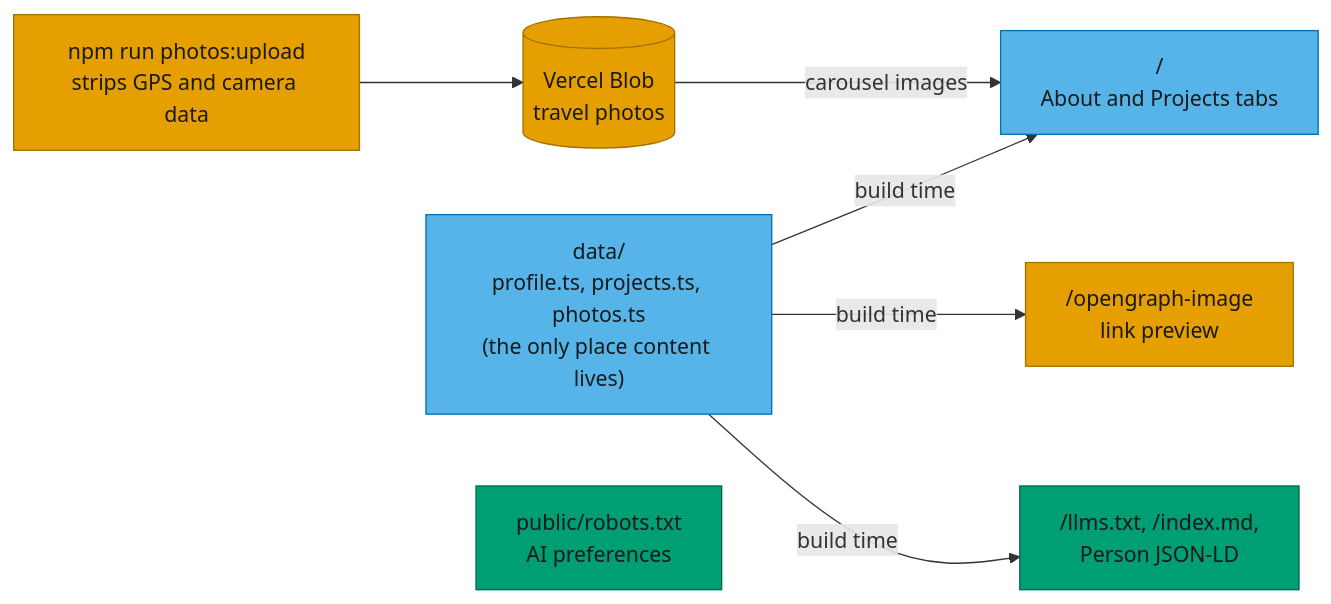
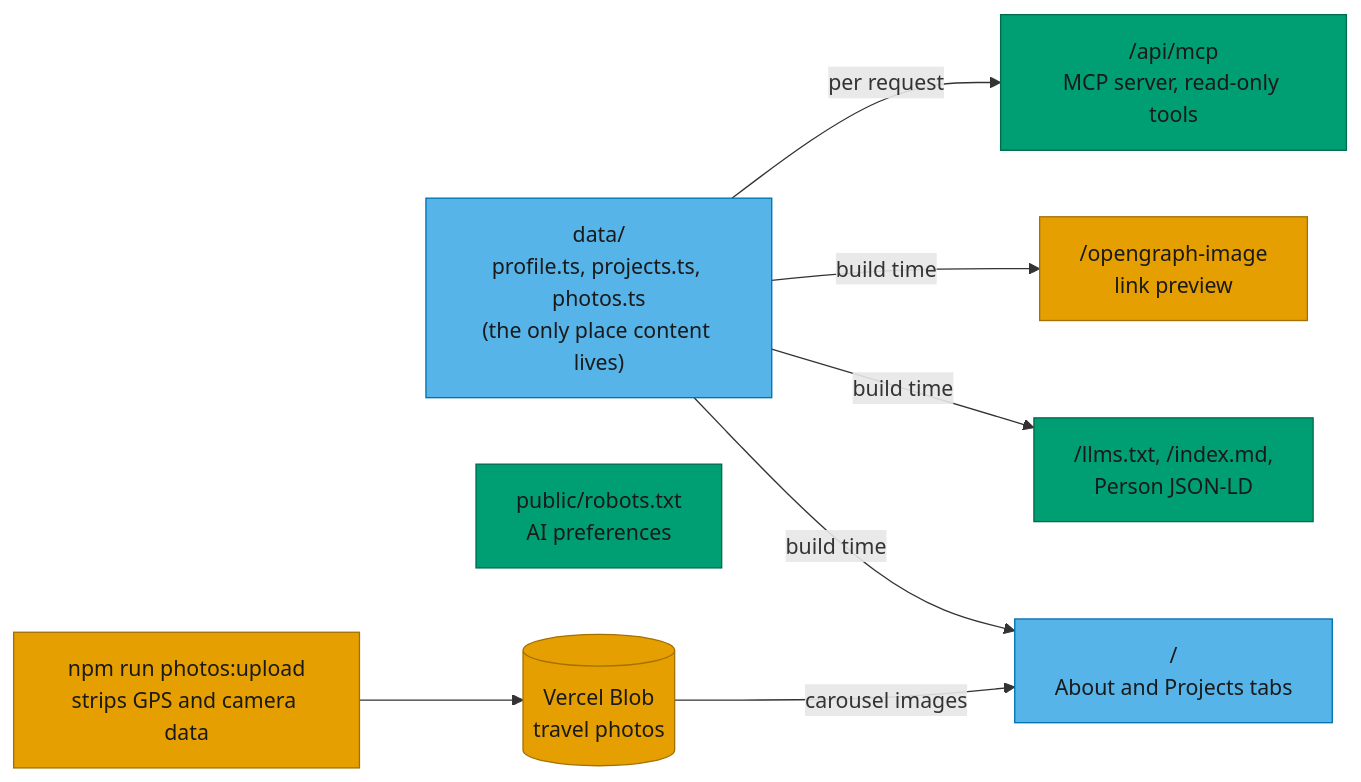
Before and after one commit to tbmueller/personal-site: the diagram in README.md, drawn with Mermaid. The commit also changed other lines of this file and 6 other files, not shown here.

First line of the commit message:
Serve the site as an MCP server at /api/mcp

````diff
--- a/README.md
+++ b/README.md
@@ -34,24 +34,26 @@
 ```mermaid
 flowchart LR
   Data["data/<br/>profile.ts, projects.ts, photos.ts<br/>(the only place content lives)"]
   Page["/<br/>About and Projects tabs"]
   Agents["/llms.txt, /index.md,<br/>Person JSON-LD"]
+  MCP["/api/mcp<br/>MCP server, read-only tools"]
   OG["/opengraph-image<br/>link preview"]
   Upload["npm run photos:upload<br/>strips GPS and camera data"]
   Blob[("Vercel Blob<br/>travel photos")]
   Robots["public/robots.txt<br/>AI preferences"]
 
   Data -- "build time" --> Page
   Data -- "build time" --> Agents
   Data -- "build time" --> OG
+  Data -- "per request" --> MCP
   Upload --> Blob
   Blob -- "carousel images" --> Page
   Robots ~~~ Agents
 
   classDef std fill:#56B4E9,stroke:#0072B2,color:#1a1a1a
   classDef agent fill:#009E73,stroke:#006B4E,color:#1a1a1a
   classDef hi fill:#E69F00,stroke:#a37100,color:#1a1a1a
   class Data,Page std
-  class Agents,Robots agent
+  class Agents,Robots,MCP agent
   class Upload,Blob,OG hi
 ```
````
